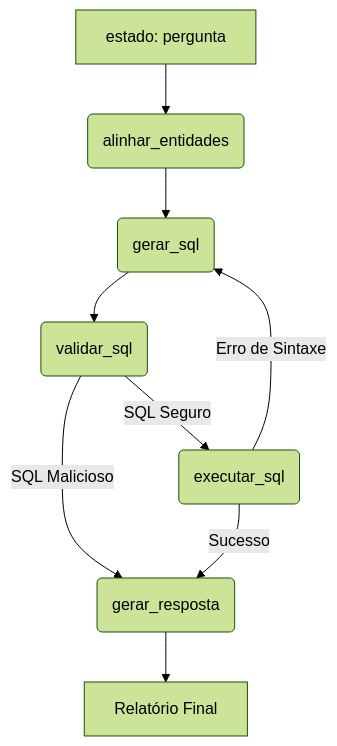
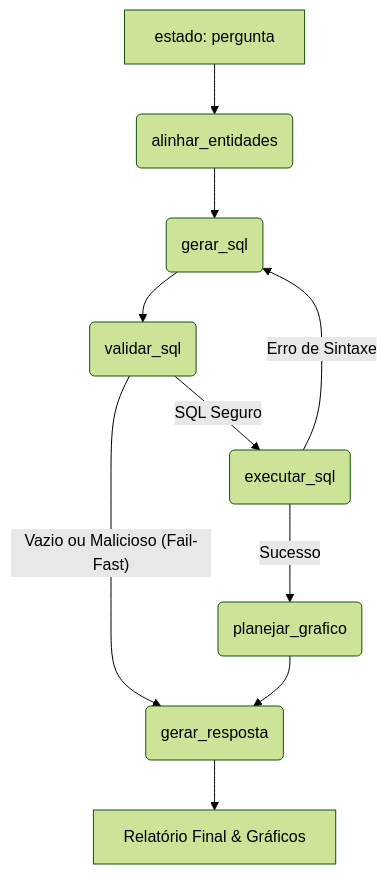
Before and after one commit to EstevaoMO/simpleql-langgraph: the diagram in PROJETO.md, drawn with Mermaid (forest theme). The commit also changed other lines of this file and 1 other file, not shown here.

````diff
--- a/PROJETO.md
+++ b/PROJETO.md
@@ -19,12 +21,13 @@
 ```mermaid
 graph TD
     A[estado: pergunta] --> B(alinhar_entidades)
     B --> C(gerar_sql)
     C --> D(validar_sql)
     D -- SQL Seguro --> E(executar_sql)
-    D -- SQL Malicioso --> F(gerar_resposta)
+    D -- Vazio ou Malicioso (Fail-Fast) --> H(gerar_resposta)
     E -- Erro de Sintaxe --> C
-    E -- Sucesso --> F
-    F --> G[Relatório Final]
+    E -- Sucesso --> F(planejar_grafico)
+    F --> H
+    H --> I[Relatório Final & Gráficos]
 
 ```
````
